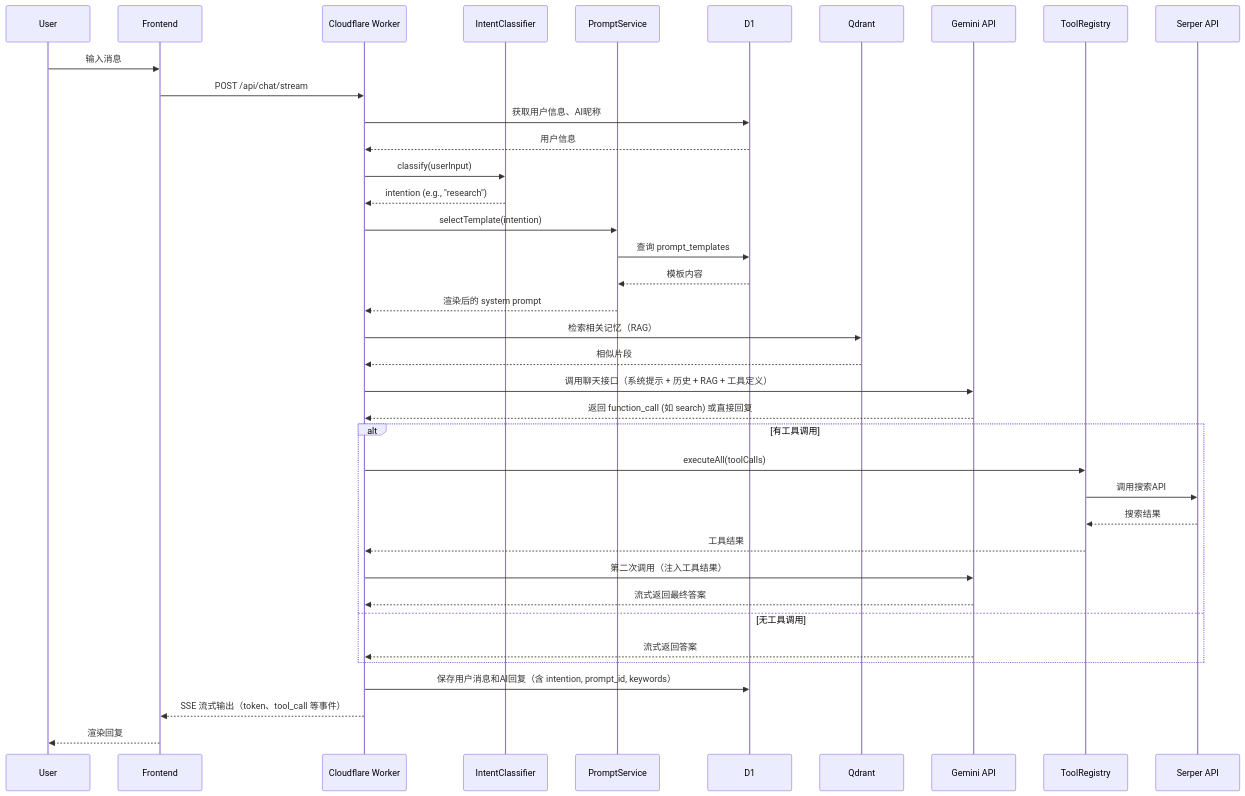
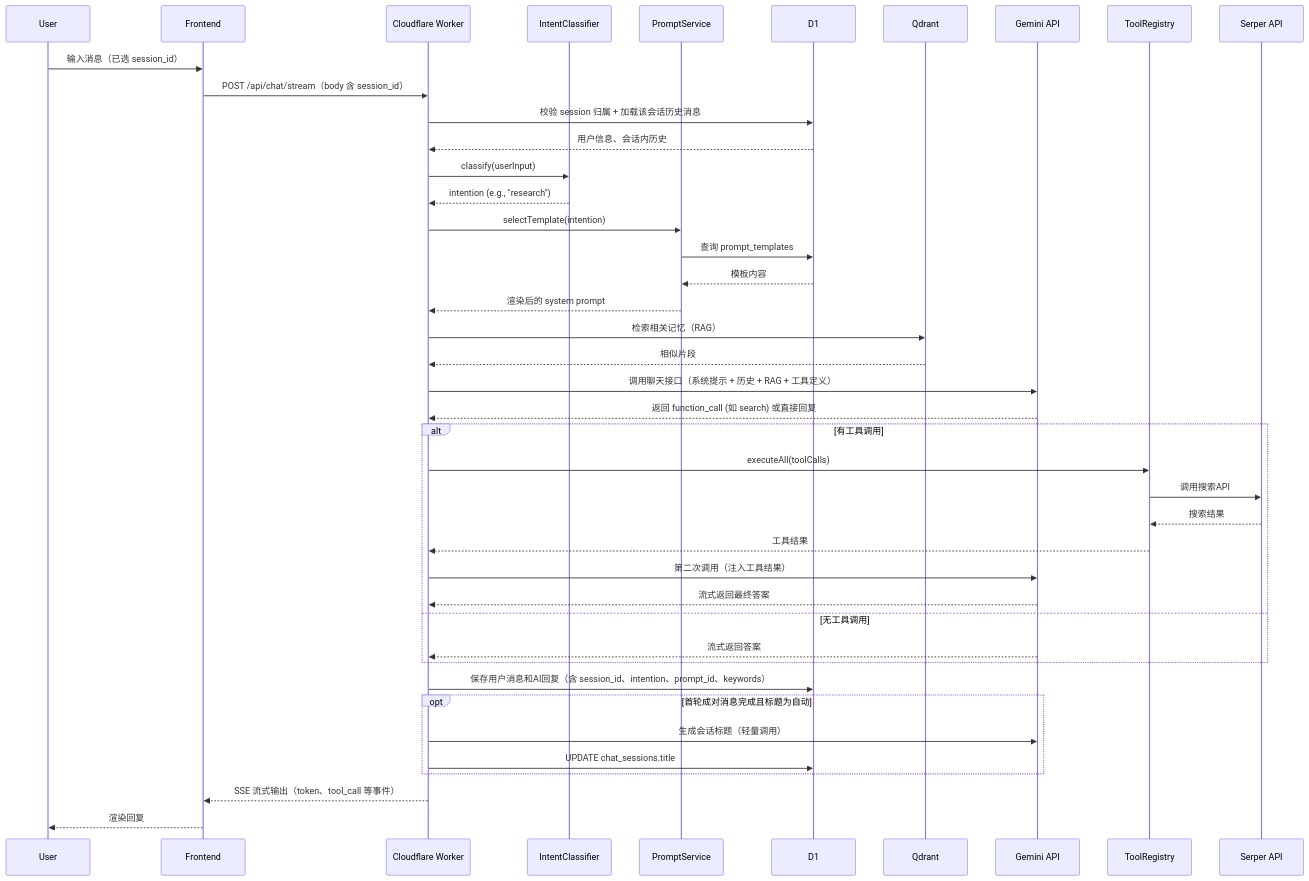
One commit to jackforest2014/ai_bot_jsa changed the second of 6 diagrams in docs/technical/tech_design_ai_bot_v1_2.md. Above: the diagram before and after it, drawn with Mermaid. The commit also changed other lines of this file and 10 other files, not shown here.

````diff
--- a/docs/technical/tech_design_ai_bot_v1_2.md
+++ b/docs/technical/tech_design_ai_bot_v1_2.md
@@ -1894,41 +2035,45 @@
 ```mermaid
 sequenceDiagram
     participant User
     participant Frontend
     participant Worker as Cloudflare Worker
     participant IntentClassifier
     participant PromptService
     participant D1
     participant Qdrant
     participant LLM as Gemini API
     participant ToolRegistry
     participant Serper as Serper API
 
-    User->>Frontend: 输入消息
-    Frontend->>Worker: POST /api/chat/stream
-    Worker->>D1: 获取用户信息、AI昵称
-    D1-->>Worker: 用户信息
+    User->>Frontend: 输入消息（已选 session_id）
+    Frontend->>Worker: POST /api/chat/stream（body 含 session_id）
+    Worker->>D1: 校验 session 归属 + 加载该会话历史消息
+    D1-->>Worker: 用户信息、会话内历史
     Worker->>IntentClassifier: classify(userInput)
     IntentClassifier-->>Worker: intention (e.g., "research")
     Worker->>PromptService: selectTemplate(intention)
     PromptService->>D1: 查询 prompt_templates
     D1-->>PromptService: 模板内容
     PromptService-->>Worker: 渲染后的 system prompt
     Worker->>Qdrant: 检索相关记忆（RAG）
     Qdrant-->>Worker: 相似片段
     Worker->>LLM: 调用聊天接口（系统提示 + 历史 + RAG + 工具定义）
     LLM-->>Worker: 返回 function_call (如 search) 或直接回复
     alt 有工具调用
         Worker->>ToolRegistry: executeAll(toolCalls)
         ToolRegistry->>Serper: 调用搜索API
         Serper-->>ToolRegistry: 搜索结果
         ToolRegistry-->>Worker: 工具结果
         Worker->>LLM: 第二次调用（注入工具结果）
         LLM-->>Worker: 流式返回最终答案
     else 无工具调用
         LLM-->>Worker: 流式返回答案
     end
-    Worker->>D1: 保存用户消息和AI回复（含 intention, prompt_id, keywords）
+    Worker->>D1: 保存用户消息和AI回复（含 session_id、intention、prompt_id、keywords）
+    opt 首轮成对消息完成且标题为自动
+        Worker->>LLM: 生成会话标题（轻量调用）
+        Worker->>D1: UPDATE chat_sessions.title
+    end
     Worker-->>Frontend: SSE 流式输出（token、tool_call 等事件）
     Frontend-->>User: 渲染回复
 ```
````
